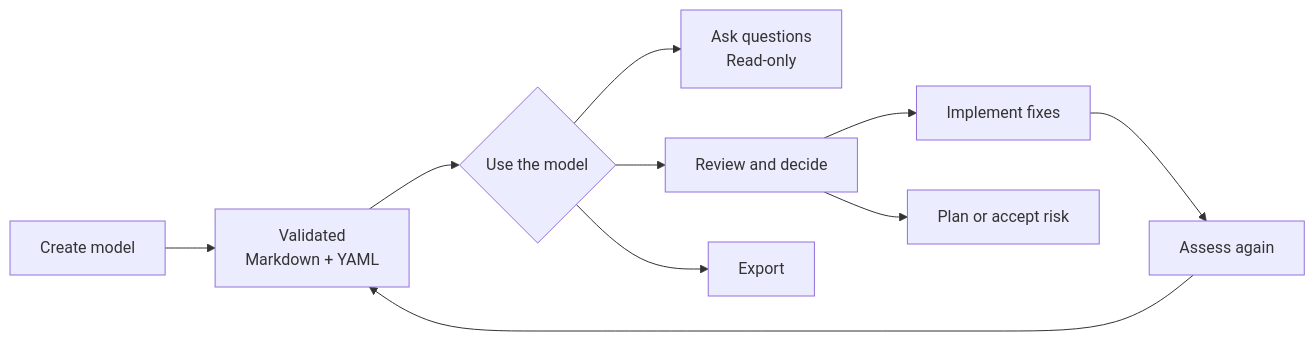
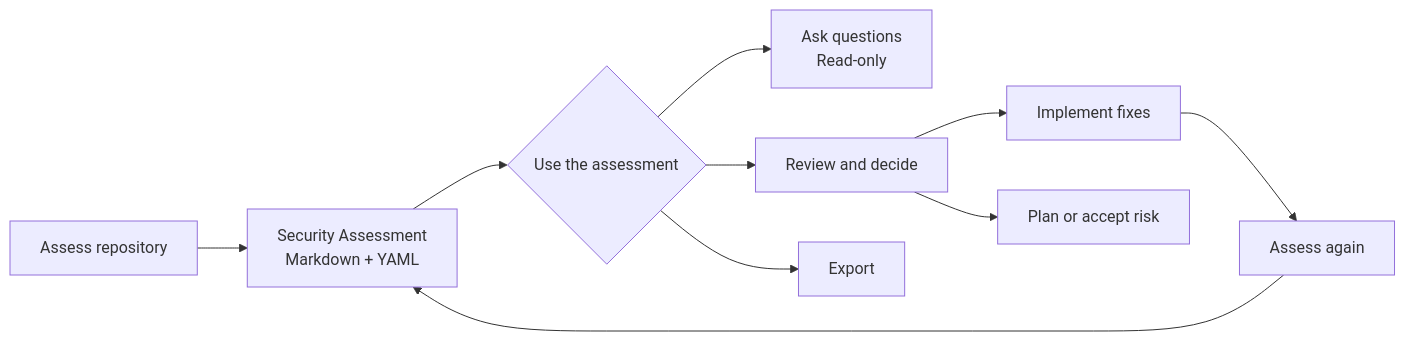
One commit to appsec-foundry/appsec-analyzer changed the diagram in docs/security-assessment.md. Above: the diagram before and after it, drawn with Mermaid. The commit also changed other lines of this file and 4 other files, not shown here.

Commit message:
docs: distinguish architectural security assessment from threat modeling

````diff
--- a/docs/security-assessment.md
+++ b/docs/security-assessment.md
@@ -104,12 +110,12 @@
 ```mermaid
 flowchart LR
-    create["Create model"] --> model["Validated<br/>Markdown + YAML"]
-    model --> choose{"Use the model"}
+    create["Assess repository"] --> model["Security Assessment<br/>Markdown + YAML"]
+    model --> choose{"Use the assessment"}
     choose --> ask["Ask questions<br/>Read-only"]
     choose --> review["Review and decide"]
     choose --> share["Export"]
     review --> change["Implement fixes"]
     review --> plan["Plan or accept risk"]
     change --> update["Assess again"]
     update --> model
 ```
````
